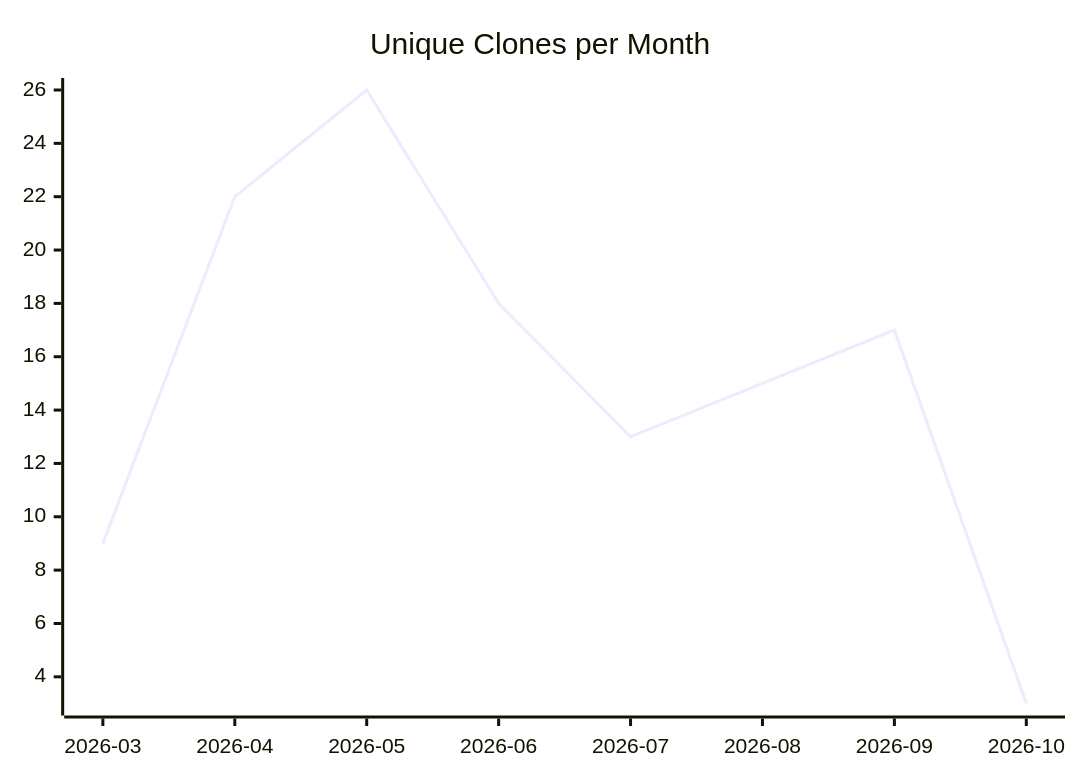
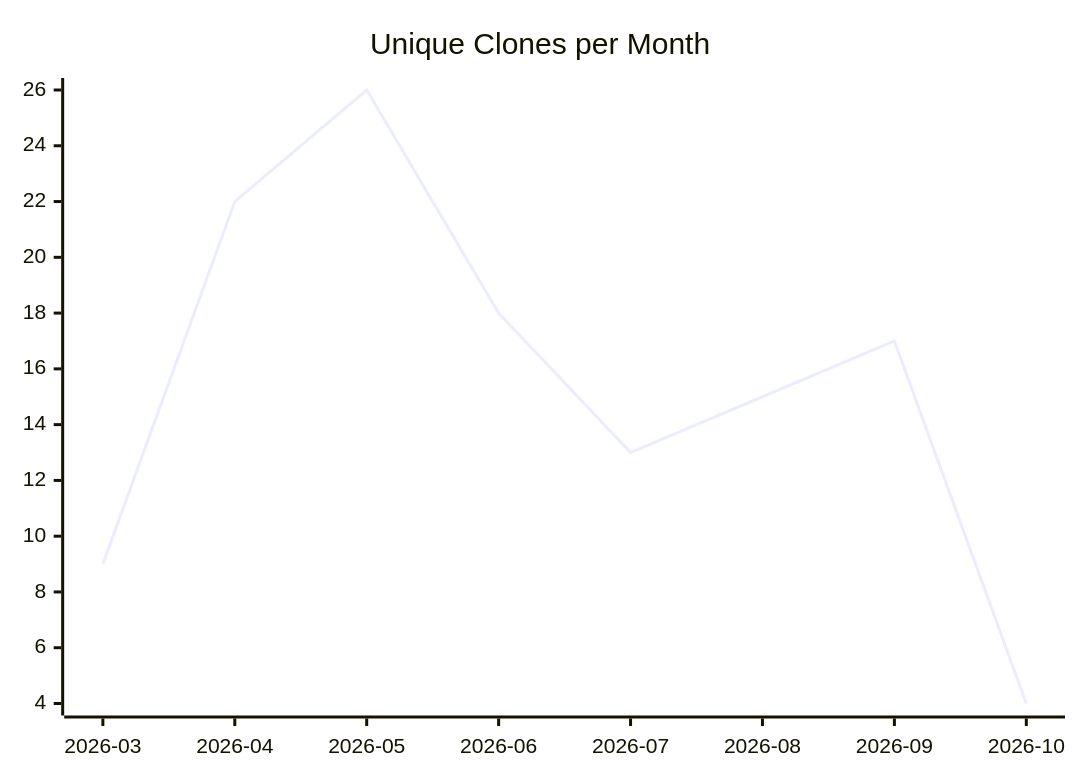
The third of 3 diagrams in karlmdavis/lego-ev3dev-rs/README.md (justdavis-family/github-analytics-data), drawn with Mermaid before and after one commit. The commit also changed other lines of this file and 202 other files, not shown here.

````diff
--- a/karlmdavis/lego-ev3dev-rs/README.md
+++ b/karlmdavis/lego-ev3dev-rs/README.md
@@ -19,6 +19,6 @@
 ```mermaid
 xychart-beta
   title "Unique Clones per Month"
   x-axis ["2026-03", "2026-04", "2026-05", "2026-06", "2026-07", "2026-08", "2026-09", "2026-10"]
-  line [9, 22, 26, 18, 13, 15, 17, 3]
+  line [9, 22, 26, 18, 13, 15, 17, 4]
 ```
````
